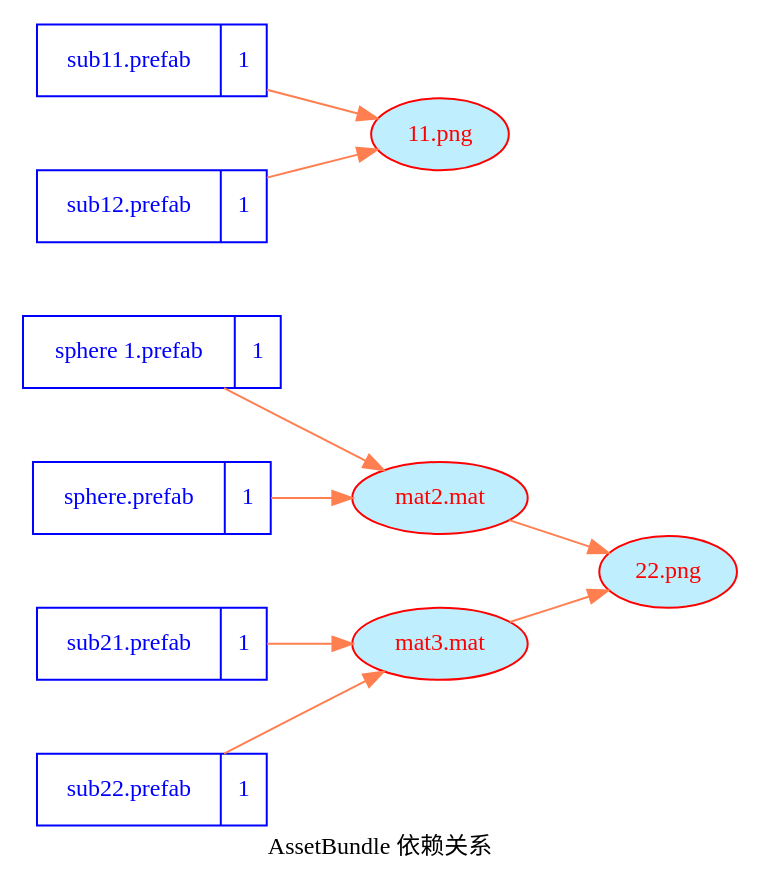
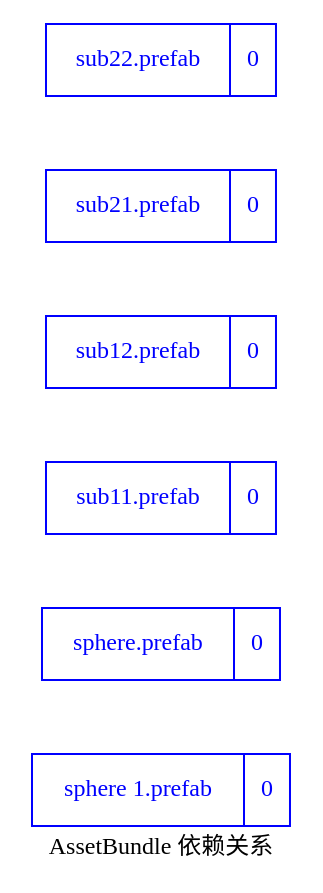
Before and after one commit to songtm/ABSystem: the diagram in Assets/StreamingAssets/AssetBundles/00dep.dot, drawn with Graphviz. The commit also changed 29 other files, not shown here.

```diff
--- a/Assets/StreamingAssets/AssetBundles/00dep.dot
+++ b/Assets/StreamingAssets/AssetBundles/00dep.dot
@@ -1,37 +1,21 @@
 digraph dep {
     fontname = "Microsoft YaHei";
     label = "AssetBundle 依赖关系"
     nodesep=0.5
     rankdir = "LR"
     fontsize = 12;
     node [ fontname = "Microsoft YaHei", fontsize = 12, shape = "record" color="skyblue"];
     edge [ fontname = "Microsoft YaHei", fontsize = 12 , color="coral"];
-	"sphere 1.prefab" [color="blue", fontcolor="blue", label="{<f0> sphere 1.prefab |<f1> 1 }"]
-	"sphere.prefab" [color="blue", fontcolor="blue", label="{<f0> sphere.prefab |<f1> 1 }"]
-	"sub11.prefab" [color="blue", fontcolor="blue", label="{<f0> sub11.prefab |<f1> 1 }"]
-	"sub12.prefab" [color="blue", fontcolor="blue", label="{<f0> sub12.prefab |<f1> 1 }"]
-	"sub21.prefab" [color="blue", fontcolor="blue", label="{<f0> sub21.prefab |<f1> 1 }"]
-	"sub22.prefab" [color="blue", fontcolor="blue", label="{<f0> sub22.prefab |<f1> 1 }"]
-	"22.png" [color="red", fontcolor="red", shape="ellipse", fillcolor="lightblue1", style="filled"]
-	"mat2.mat" [color="red", fontcolor="red", shape="ellipse", fillcolor="lightblue1", style="filled"]
-	"11.png" [color="red", fontcolor="red", shape="ellipse", fillcolor="lightblue1", style="filled"]
-	"mat3.mat" [color="red", fontcolor="red", shape="ellipse", fillcolor="lightblue1", style="filled"]
-	"sphere 1.prefab"->"mat2.mat"
-
-	"sphere.prefab"->"mat2.mat"
-
-	"sub11.prefab"->"11.png"
-
-	"sub12.prefab"->"11.png"
-
-	"sub21.prefab"->"mat3.mat"
-
-	"sub22.prefab"->"mat3.mat"
+	"sphere 1.prefab" [color="blue", fontcolor="blue", label="{<f0> sphere 1.prefab |<f1> 0 }"]
+	"sphere.prefab" [color="blue", fontcolor="blue", label="{<f0> sphere.prefab |<f1> 0 }"]
+	"sub11.prefab" [color="blue", fontcolor="blue", label="{<f0> sub11.prefab |<f1> 0 }"]
+	"sub12.prefab" [color="blue", fontcolor="blue", label="{<f0> sub12.prefab |<f1> 0 }"]
+	"sub21.prefab" [color="blue", fontcolor="blue", label="{<f0> sub21.prefab |<f1> 0 }"]
+	"sub22.prefab" [color="blue", fontcolor="blue", label="{<f0> sub22.prefab |<f1> 0 }"]
 
 
-	"mat2.mat"->"22.png"
 
 
-	"mat3.mat"->"22.png"
+
 
 }
```
